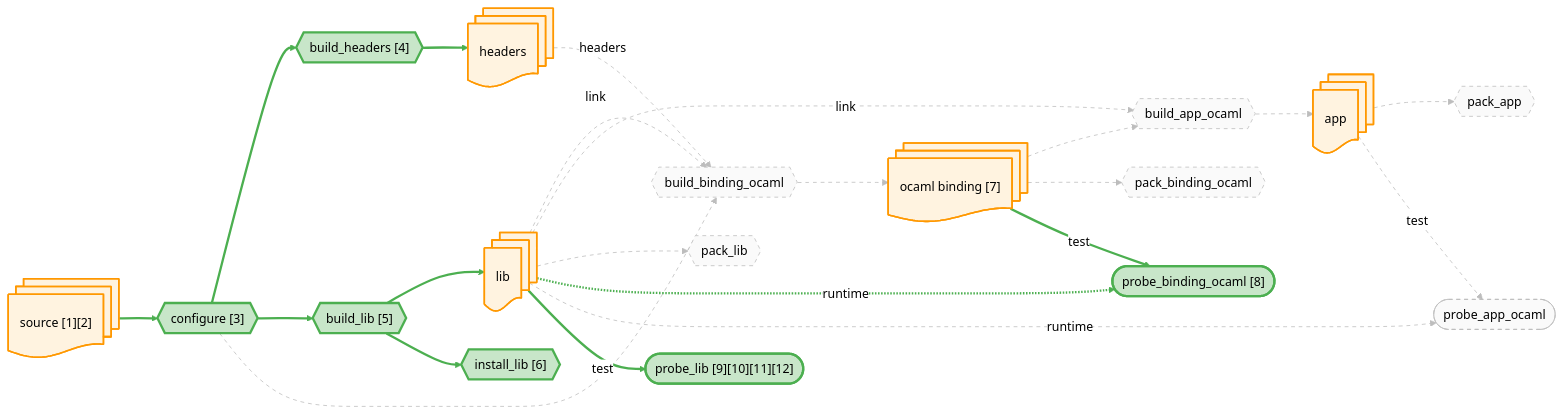
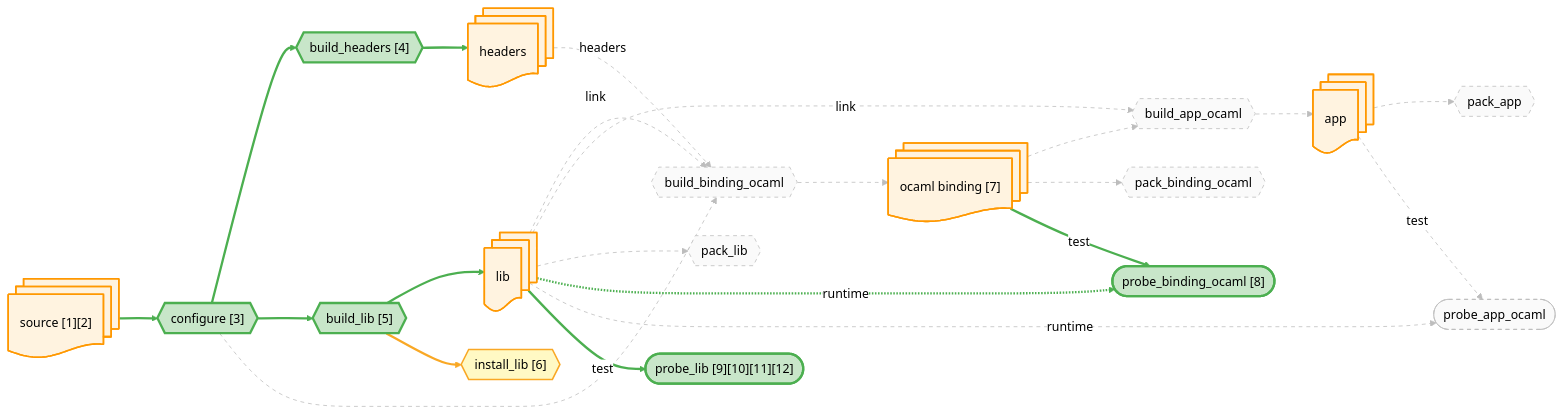
Before and after one commit to JHU-PL-Lab/tola: the diagram in docs/canary/projects/z3/-run/diagrams/all.mmd, drawn with Mermaid (neutral theme). The commit also changed 41 other files, not shown here.

```diff
--- a/docs/canary/projects/z3/-run/diagrams/all.mmd
+++ b/docs/canary/projects/z3/-run/diagrams/all.mmd
@@ -1,84 +1,84 @@
 graph LR
     source_node@{ shape: docs, label: "source [1][2]" }
     headers_node@{ shape: docs, label: "headers" }
     lib_node@{ shape: docs, label: "lib" }
     app_node@{ shape: docs, label: "app" }
     ocaml_binding_node@{ shape: docs, label: "ocaml binding [7]" }
 
     A_configure{{"configure [3]"}}
     A_build_headers{{"build_headers [4]"}}
     A_build_lib{{"build_lib [5]"}}
     A_build_binding_ocaml{{"build_binding_ocaml"}}
     A_build_app_ocaml{{"build_app_ocaml"}}
     A_install_lib{{"install_lib [6]"}}
     A_pack_binding_ocaml{{"pack_binding_ocaml"}}
     A_pack_lib{{"pack_lib"}}
     A_pack_app{{"pack_app"}}
     A_probe_binding_ocaml(["probe_binding_ocaml [8]"])
     A_probe_app_ocaml(["probe_app_ocaml"])
     A_probe_lib(["probe_lib [9][10][11][12]"])
 
     source_node --> A_configure
     A_configure --> A_build_headers
     A_build_headers --> headers_node
     A_configure --> A_build_lib
     A_build_lib --> lib_node
     A_configure --> A_build_binding_ocaml
     headers_node -.->|headers| A_build_binding_ocaml
     lib_node -.->|link| A_build_binding_ocaml
     A_build_binding_ocaml --> ocaml_binding_node
     ocaml_binding_node --> A_build_app_ocaml
     lib_node -.->|link| A_build_app_ocaml
     A_build_app_ocaml --> app_node
     A_build_lib --> A_install_lib
     ocaml_binding_node --> A_pack_binding_ocaml
     lib_node --> A_pack_lib
     app_node --> A_pack_app
     ocaml_binding_node -->|test| A_probe_binding_ocaml
     lib_node -.->|runtime| A_probe_binding_ocaml
     app_node -->|test| A_probe_app_ocaml
     lib_node -.->|runtime| A_probe_app_ocaml
     lib_node -->|test| A_probe_lib
 
     classDef artifact fill:#fff3e0,stroke:#ff9800,stroke-width:2px
     classDef action fill:#f3e5f5,stroke:#9c27b0,stroke-width:2px
     classDef st_done fill:#c8e6c9,stroke:#4caf50,stroke-width:3px
     classDef st_done_ctx fill:#e8f5e9,stroke:#a5d6a7,stroke-width:1.5px
     classDef st_expected_fail fill:#fff9c4,stroke:#f9a825,stroke-width:2px
     classDef st_failed fill:#ffcdd2,stroke:#c62828,stroke-width:2px
     classDef st_skipped fill:#f5f5f5,stroke:#9e9e9e,stroke-dasharray:5
     classDef st_nospec fill:#fafafa,stroke:#bdbdbd,stroke-dasharray:5
     class source_node,headers_node,lib_node,app_node,ocaml_binding_node artifact
     class A_configure st_done
     class A_build_headers st_done
     class A_build_lib st_done
     class A_build_binding_ocaml st_nospec
     class A_build_app_ocaml st_nospec
-    class A_install_lib st_done
+    class A_install_lib st_expected_fail
     class A_pack_binding_ocaml st_nospec
     class A_pack_lib st_nospec
     class A_pack_app st_nospec
     class A_probe_binding_ocaml st_done
     class A_probe_app_ocaml st_nospec
     class A_probe_lib st_done
     linkStyle 0 stroke:#4caf50,stroke-width:3px
     linkStyle 1 stroke:#4caf50,stroke-width:3px
     linkStyle 2 stroke:#4caf50,stroke-width:3px
     linkStyle 3 stroke:#4caf50,stroke-width:3px
     linkStyle 4 stroke:#4caf50,stroke-width:3px
     linkStyle 5 stroke:#bdbdbd,stroke-width:1px,stroke-dasharray:5
     linkStyle 6 stroke:#bdbdbd,stroke-width:1px,stroke-dasharray:5
     linkStyle 7 stroke:#bdbdbd,stroke-width:1px,stroke-dasharray:5
     linkStyle 8 stroke:#bdbdbd,stroke-width:1px,stroke-dasharray:5
     linkStyle 9 stroke:#bdbdbd,stroke-width:1px,stroke-dasharray:5
     linkStyle 10 stroke:#bdbdbd,stroke-width:1px,stroke-dasharray:5
     linkStyle 11 stroke:#bdbdbd,stroke-width:1px,stroke-dasharray:5
-    linkStyle 12 stroke:#4caf50,stroke-width:3px
+    linkStyle 12 stroke:#f9a825,stroke-width:3px
     linkStyle 13 stroke:#bdbdbd,stroke-width:1px,stroke-dasharray:5
     linkStyle 14 stroke:#bdbdbd,stroke-width:1px,stroke-dasharray:5
     linkStyle 15 stroke:#bdbdbd,stroke-width:1px,stroke-dasharray:5
     linkStyle 16 stroke:#4caf50,stroke-width:3px
     linkStyle 17 stroke:#4caf50,stroke-width:3px
     linkStyle 18 stroke:#bdbdbd,stroke-width:1px,stroke-dasharray:5
     linkStyle 19 stroke:#bdbdbd,stroke-width:1px,stroke-dasharray:5
     linkStyle 20 stroke:#4caf50,stroke-width:3px
```
